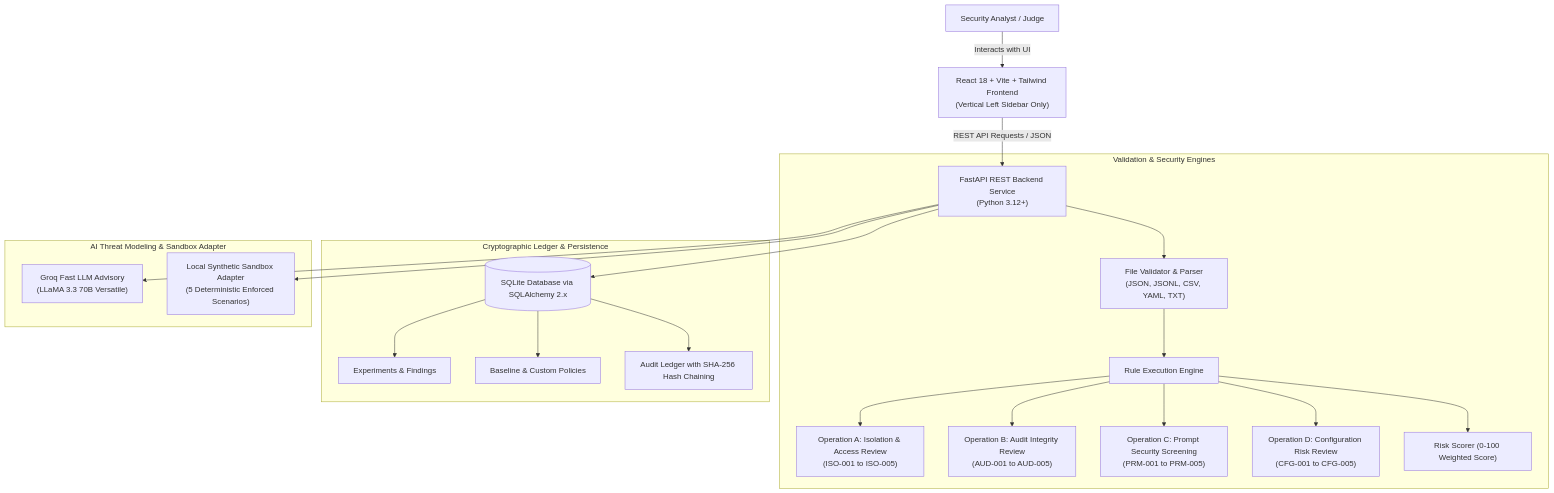
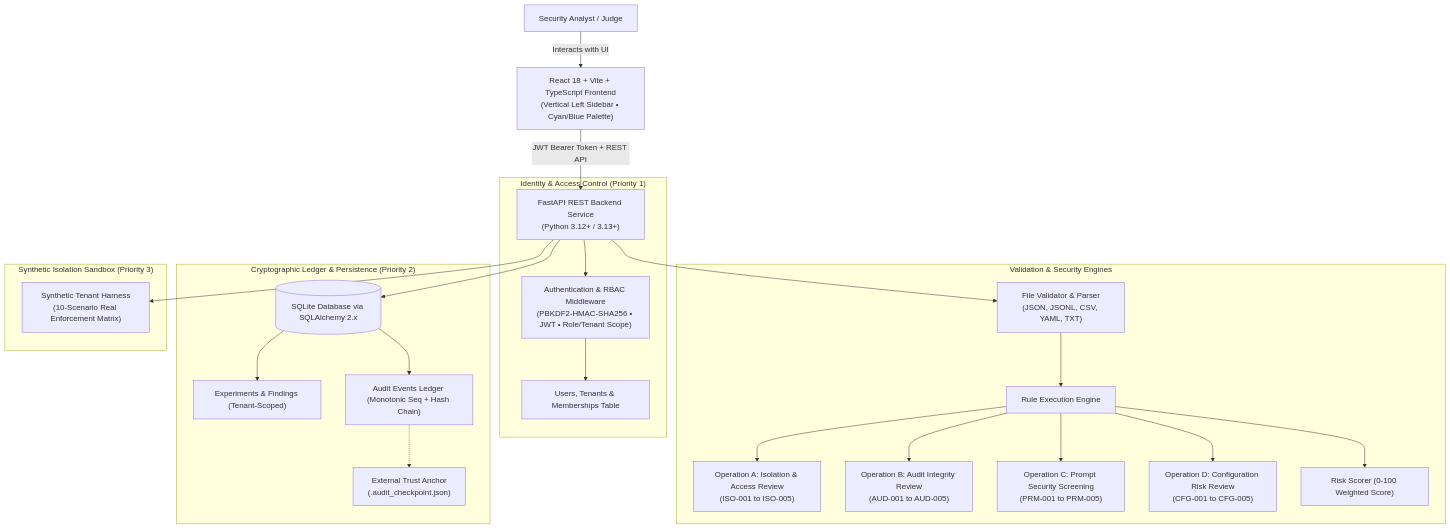
The diagram in README.md (aariiiiz/bayora-isolation-lab), drawn with Mermaid before and after one commit. The commit also changed other lines of this file and 47 other files, not shown here.

Commit message:
feat(security): implement authentication, tenant authorization, audit-chain verification, and synthetic isolation matrix

````diff
--- a/README.md
+++ b/README.md
@@ -26,28 +29,31 @@
 ```mermaid
 graph TD
-    User["Security Analyst / Judge"] -->|Interacts with UI| Frontend["React 18 + Vite + Tailwind Frontend<br/>(Vertical Left Sidebar Only)"]
-    Frontend -->|REST API Requests / JSON| Backend["FastAPI REST Backend Service<br/>(Python 3.12+)"]
+    User["Security Analyst / Judge"] -->|Interacts with UI| Frontend["React 18 + Vite + TypeScript Frontend<br/>(Vertical Left Sidebar • Cyan/Blue Palette)"]
+    Frontend -->|JWT Bearer Token + REST API| Backend["FastAPI REST Backend Service<br/>(Python 3.12+ / 3.13+)"]
     
+    subgraph "Identity & Access Control (Priority 1)"
+        Backend --> AuthModule["Authentication & RBAC Middleware<br/>(PBKDF2-HMAC-SHA256 • JWT • Role/Tenant Scope)"]
+        AuthModule --> UserTable["Users, Tenants & Memberships Table"]
+    end
+
     subgraph "Validation & Security Engines"
         Backend --> FileVal["File Validator & Parser<br/>(JSON, JSONL, CSV, YAML, TXT)"]
         FileVal --> RuleEngine["Rule Execution Engine"]
         RuleEngine --> IsoChecks["Operation A: Isolation & Access Review<br/>(ISO-001 to ISO-005)"]
         RuleEngine --> AuditChecks["Operation B: Audit Integrity Review<br/>(AUD-001 to AUD-005)"]
         RuleEngine --> PromptChecks["Operation C: Prompt Security Screening<br/>(PRM-001 to PRM-005)"]
         RuleEngine --> ConfigChecks["Operation D: Configuration Risk Review<br/>(CFG-001 to CFG-005)"]
-        
         RuleEngine --> Scorer["Risk Scorer (0-100 Weighted Score)"]
     end
 
-    subgraph "Cryptographic Ledger & Persistence"
+    subgraph "Cryptographic Ledger & Persistence (Priority 2)"
         Backend --> DB[(SQLite Database via SQLAlchemy 2.x)]
-        DB --> ExpTable["Experiments & Findings"]
-        DB --> PolTable["Baseline & Custom Policies"]
-        DB --> AuditChain["Audit Ledger with SHA-256 Hash Chaining"]
+        DB --> ExpTable["Experiments & Findings (Tenant-Scoped)"]
+        DB --> AuditTable["Audit Events Ledger (Monotonic Seq + Hash Chain)"]
+        AuditTable -.-> Checkpoint["External Trust Anchor<br/>(.audit_checkpoint.json)"]
     end
 
-    subgraph "AI Threat Modeling & Sandbox Adapter"
-        Backend --> GroqAI["Groq Fast LLM Advisory<br/>(LLaMA 3.3 70B Versatile)"]
-        Backend --> SandboxAdapter["Local Synthetic Sandbox Adapter<br/>(5 Deterministic Enforced Scenarios)"]
+    subgraph "Synthetic Isolation Sandbox (Priority 3)"
+        Backend --> SandboxEngine["Synthetic Tenant Harness<br/>(10-Scenario Real Enforcement Matrix)"]
     end
 ```
````
